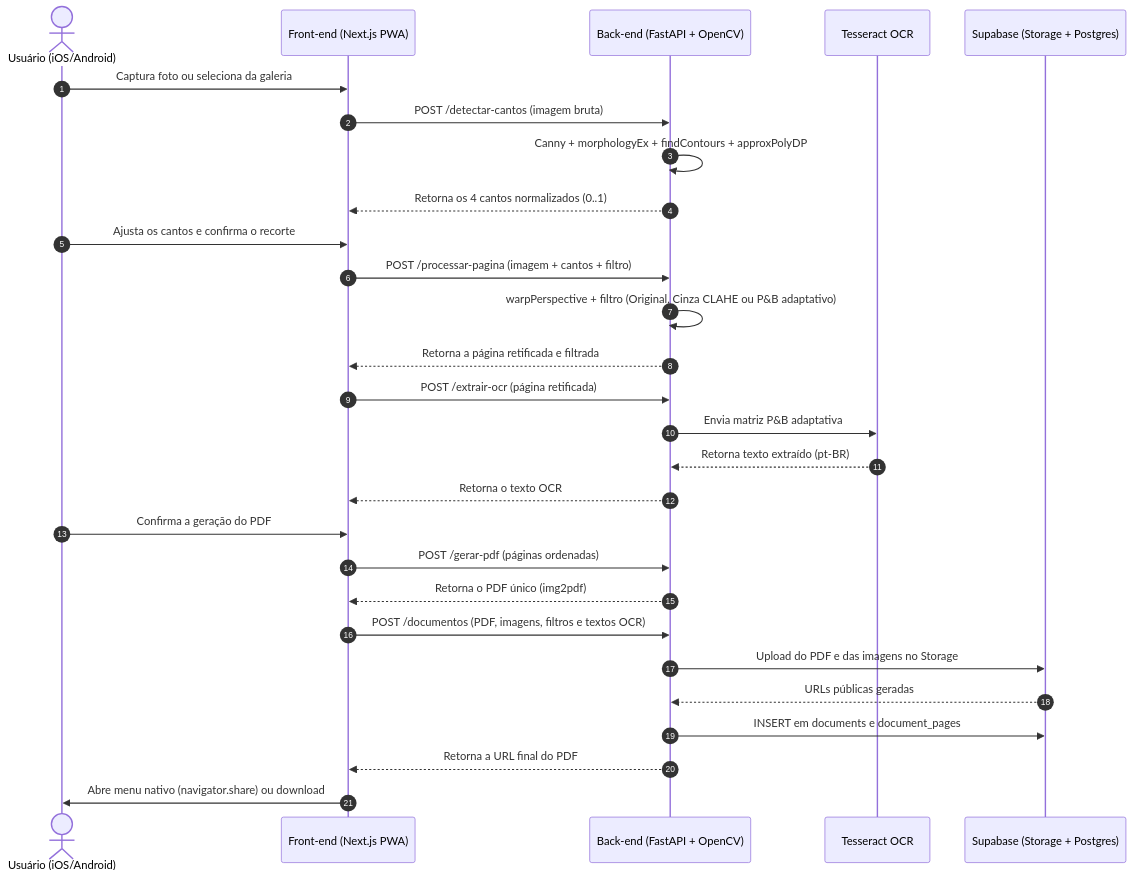
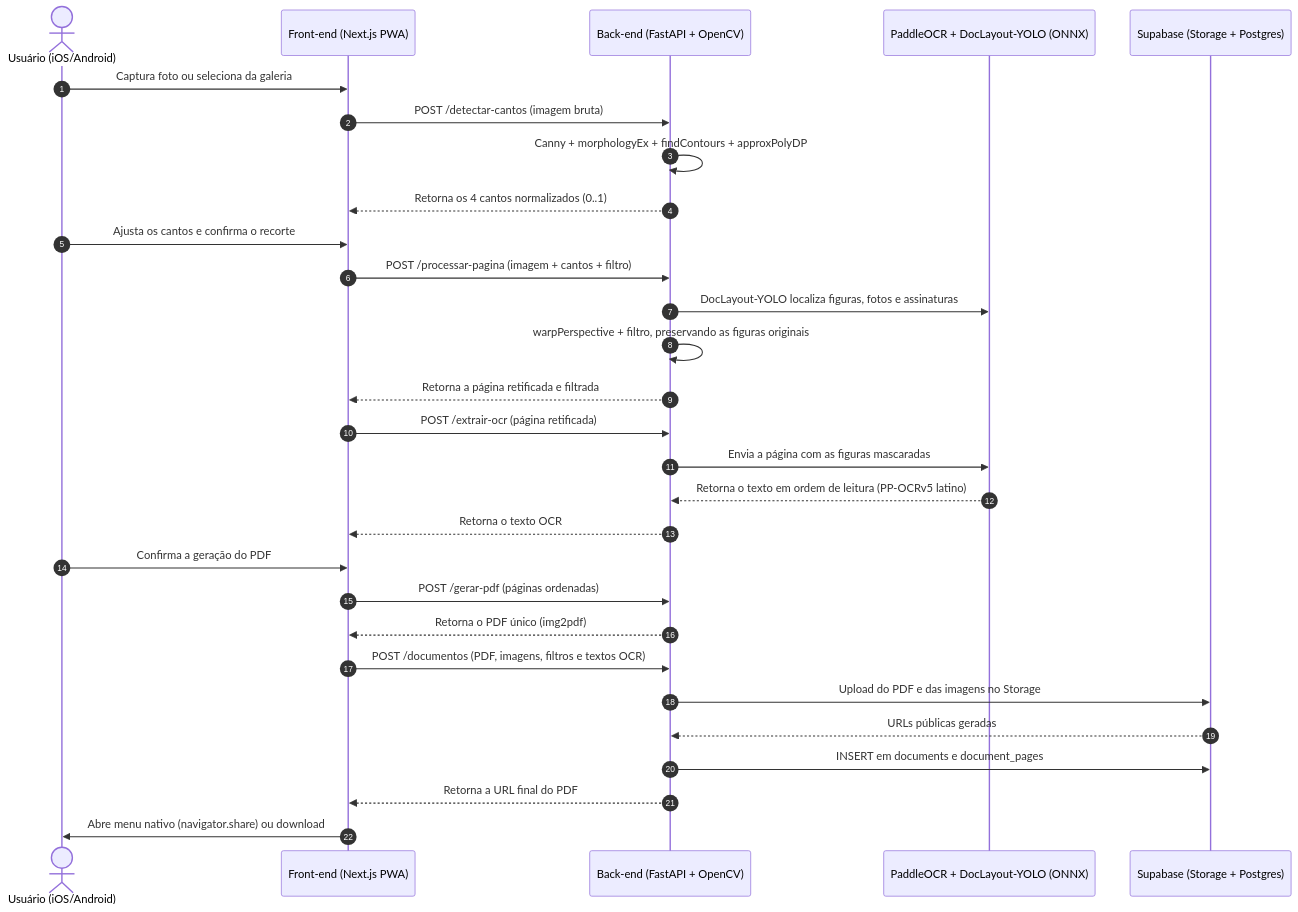
The second of 3 diagrams in docs/documentacao_miniscan.md (Gustavogconte/miniscan-desafio), drawn with Mermaid before and after one commit. The commit also changed other lines of this file and 2 other files, not shown here.

Commit message:
docs(arquitetura): troca tesseract por paddleocr e documenta o doclayout-yolo em onnx

````diff
--- a/docs/documentacao_miniscan.md
+++ b/docs/documentacao_miniscan.md
@@ -57,31 +61,32 @@
 ```mermaid
 sequenceDiagram
     autonumber
     actor U as Usuário (iOS/Android)
     participant PWA as Front-end (Next.js PWA)
     participant API as Back-end (FastAPI + OpenCV)
-    participant OCR as Tesseract OCR
+    participant OCR as PaddleOCR + DocLayout-YOLO (ONNX)
     participant SB as Supabase (Storage + Postgres)
 
     U->>PWA: Captura foto ou seleciona da galeria
     PWA->>API: POST /detectar-cantos (imagem bruta)
     API->>API: Canny + morphologyEx + findContours + approxPolyDP
     API-->>PWA: Retorna os 4 cantos normalizados (0..1)
     U->>PWA: Ajusta os cantos e confirma o recorte
     PWA->>API: POST /processar-pagina (imagem + cantos + filtro)
-    API->>API: warpPerspective + filtro (Original, Cinza CLAHE ou P&B adaptativo)
+    API->>OCR: DocLayout-YOLO localiza figuras, fotos e assinaturas
+    API->>API: warpPerspective + filtro, preservando as figuras originais
     API-->>PWA: Retorna a página retificada e filtrada
     PWA->>API: POST /extrair-ocr (página retificada)
-    API->>OCR: Envia matriz P&B adaptativa
-    OCR-->>API: Retorna texto extraído (pt-BR)
+    API->>OCR: Envia a página com as figuras mascaradas
+    OCR-->>API: Retorna o texto em ordem de leitura (PP-OCRv5 latino)
     API-->>PWA: Retorna o texto OCR
     U->>PWA: Confirma a geração do PDF
     PWA->>API: POST /gerar-pdf (páginas ordenadas)
     API-->>PWA: Retorna o PDF único (img2pdf)
     PWA->>API: POST /documentos (PDF, imagens, filtros e textos OCR)
     API->>SB: Upload do PDF e das imagens no Storage
     SB-->>API: URLs públicas geradas
     API->>SB: INSERT em documents e document_pages
     API-->>PWA: Retorna a URL final do PDF
     PWA->>U: Abre menu nativo (navigator.share) ou download
 ```
````
